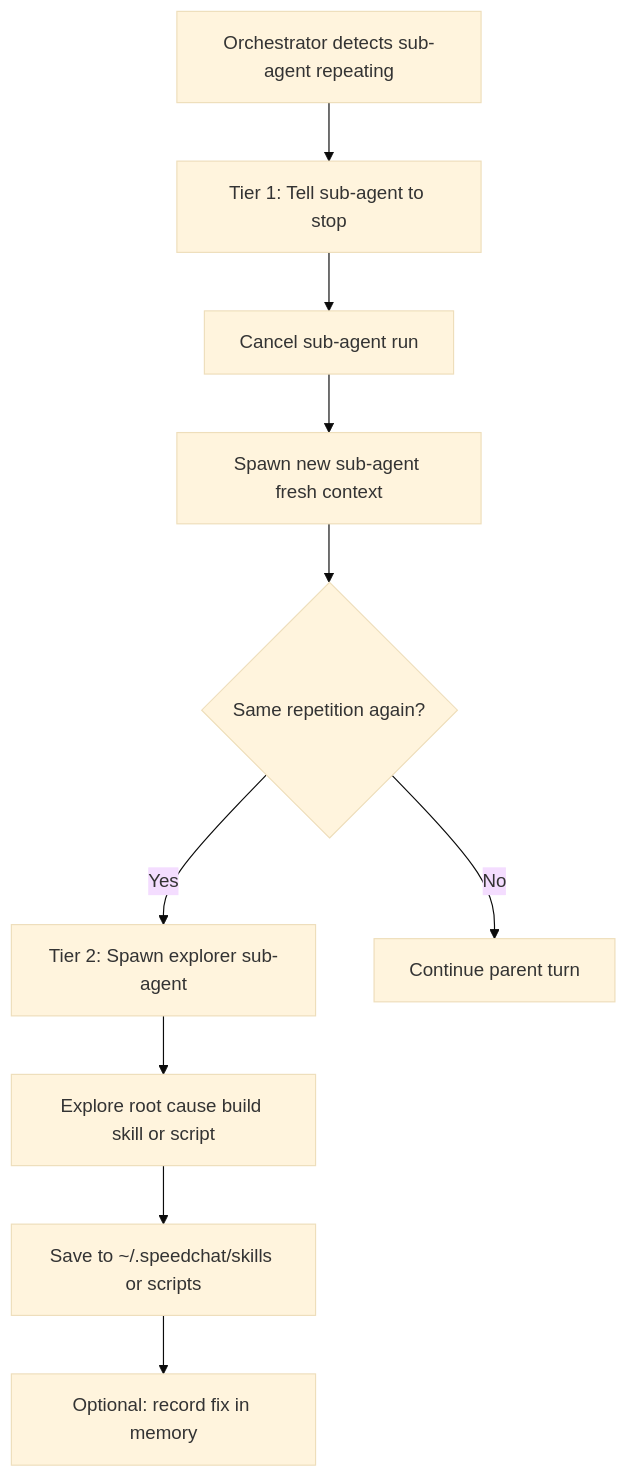
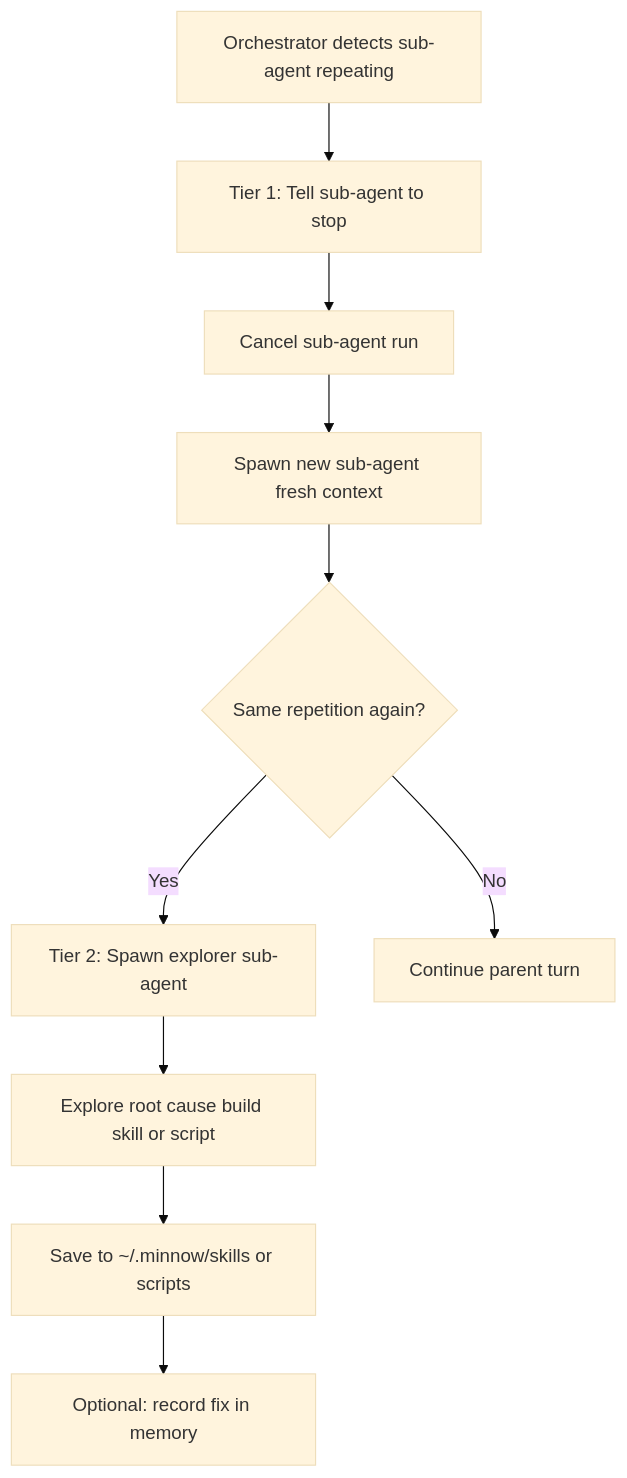
Before and after one commit to DukkyGames/Minnow: the second of 2 diagrams in documentation/plans/to-fix-step-order.md, drawn with Mermaid (base theme). The commit also changed other lines of this file and 204 other files, not shown here.

````diff
--- a/documentation/plans/to-fix-step-order.md
+++ b/documentation/plans/to-fix-step-order.md
@@ -657,16 +657,16 @@
 ```mermaid
 flowchart TD
   detect[Orchestrator detects sub-agent repeating]
   tier1[Tier 1: Tell sub-agent to stop]
   stop[Cancel sub-agent run]
   restart[Spawn new sub-agent fresh context]
   again{Same repetition again?}
   tier2[Tier 2: Spawn explorer sub-agent]
   fix[Explore root cause build skill or script]
-  save[Save to ~/.speedchat/skills or scripts]
+  save[Save to ~/.minnow/skills or scripts]
   memory[Optional: record fix in memory]
 
   detect --> tier1 --> stop --> restart --> again
   again -->|No| done[Continue parent turn]
   again -->|Yes| tier2 --> fix --> save --> memory
 ```
````
